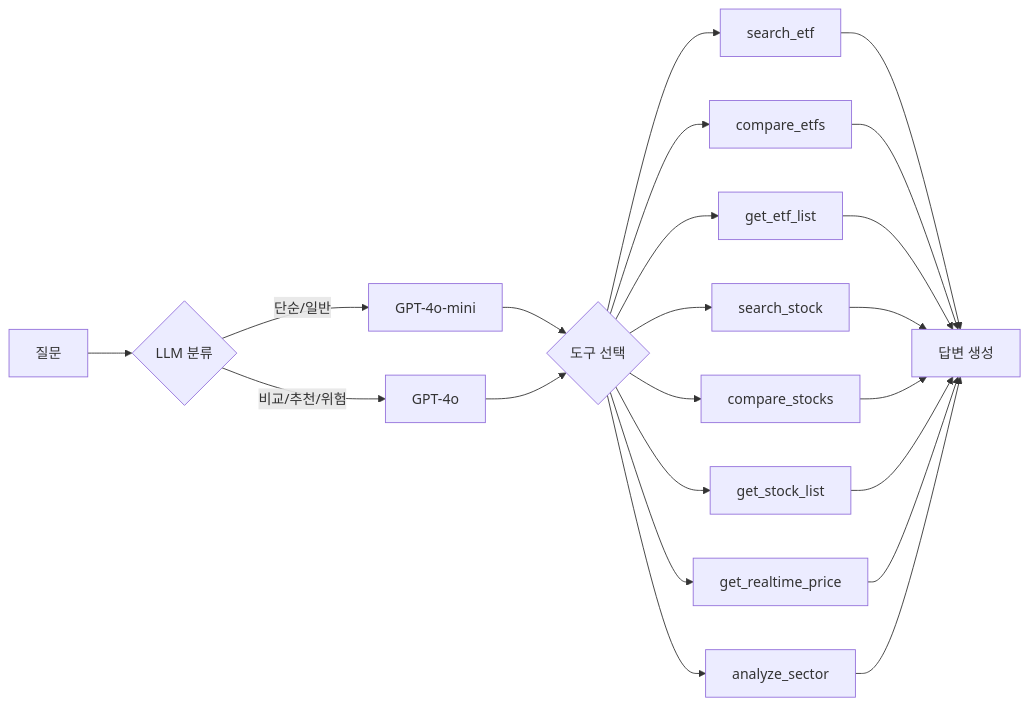
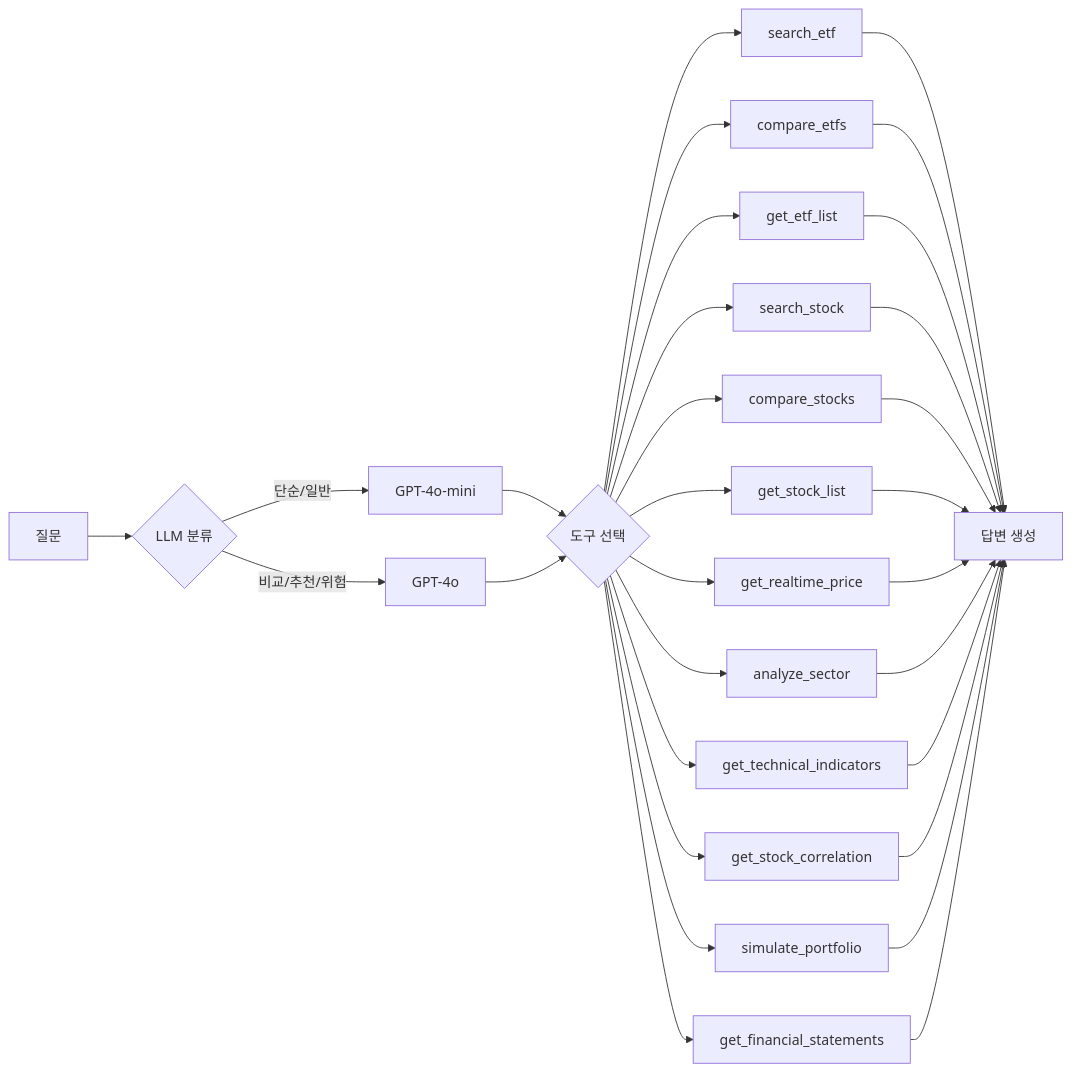
Before and after one commit to m2222n/AI_agent: the diagram in README.md, drawn with Mermaid. The commit also changed other lines of this file and 3 other files, not shown here.

````diff
--- a/README.md
+++ b/README.md
@@ -36,17 +39,21 @@
 ```mermaid
 graph LR
     Q[질문] --> C{LLM 분류}
     C -->|단순/일반| Mini[GPT-4o-mini]
     C -->|비교/추천/위험| Pro[GPT-4o]
     Mini --> T{도구 선택}
     Pro --> T
     T --> S1[search_etf]
     T --> S2[compare_etfs]
     T --> S3[get_etf_list]
     T --> S4[search_stock]
     T --> S5[compare_stocks]
     T --> S6[get_stock_list]
     T --> S7[get_realtime_price]
     T --> S8[analyze_sector]
-    S1 & S2 & S3 & S4 & S5 & S6 & S7 & S8 --> R[답변 생성]
+    T --> S9[get_technical_indicators]
+    T --> S10[get_stock_correlation]
+    T --> S11[simulate_portfolio]
+    T --> S12[get_financial_statements]
+    S1 & S2 & S3 & S4 & S5 & S6 & S7 & S8 & S9 & S10 & S11 & S12 --> R[답변 생성]
 ```
````
